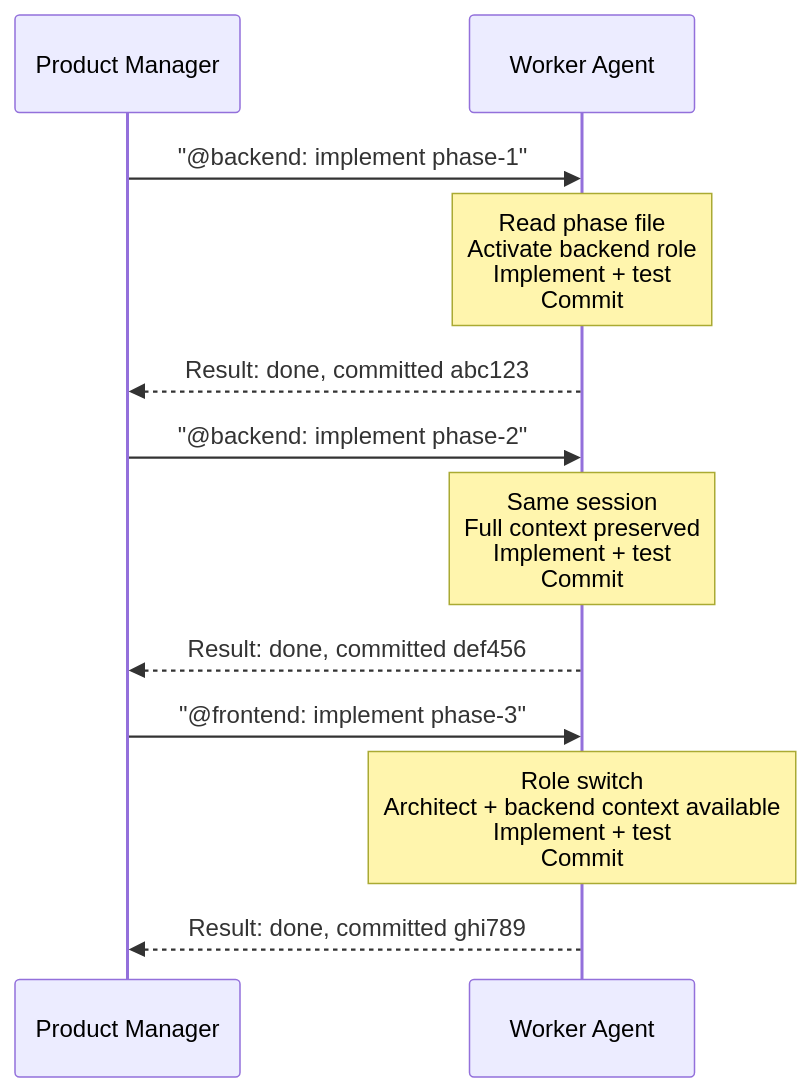
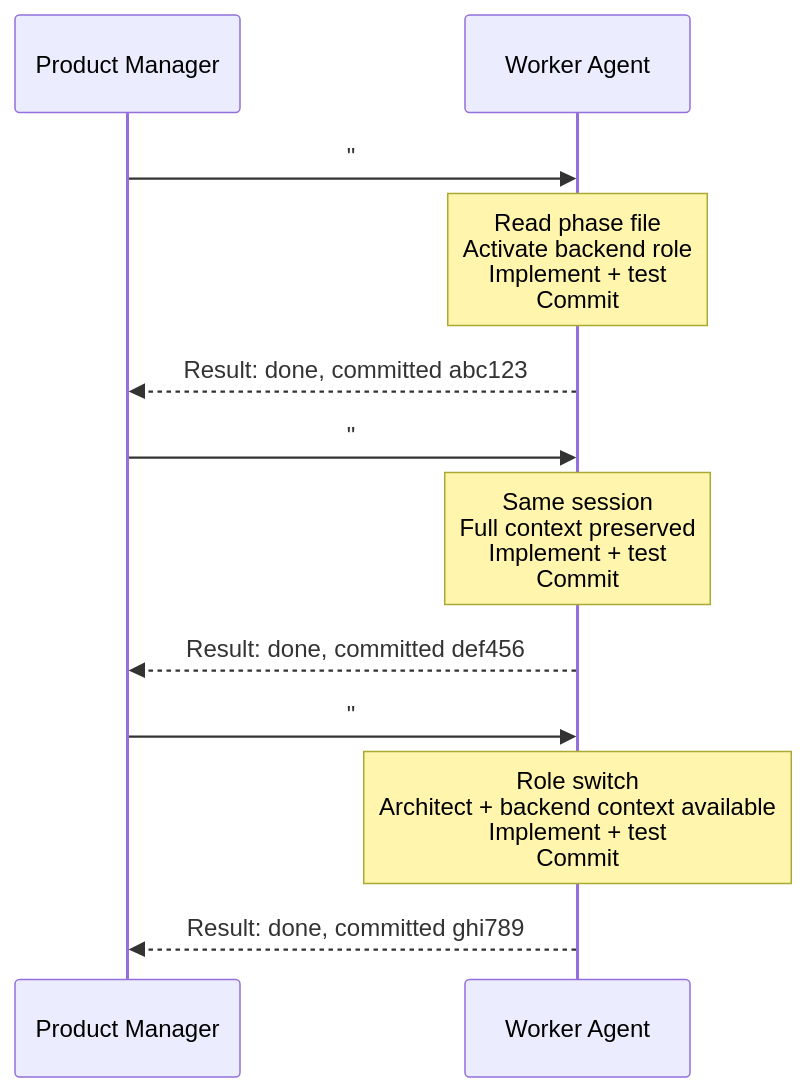
One commit to sulhadin/orchestrator changed the second of 3 diagrams in .orchestra/README.md. Above: the diagram before and after it, drawn with Mermaid. The commit also changed other lines of this file and 9 other files, not shown here.

````diff
--- a/.orchestra/README.md
+++ b/.orchestra/README.md
@@ -324,17 +324,17 @@
 ```mermaid
 sequenceDiagram
     participant PM as Product Manager
     participant W as Worker Agent
 
-    PM->>W: "@backend: implement phase-1"
+    PM->>W: "#backend: implement phase-1"
     Note over W: Read phase file<br/>Activate backend role<br/>Implement + test<br/>Commit
     W-->>PM: Result: done, committed abc123
 
-    PM->>W: "@backend: implement phase-2"
+    PM->>W: "#backend: implement phase-2"
     Note over W: Same session<br/>Full context preserved<br/>Implement + test<br/>Commit
     W-->>PM: Result: done, committed def456
 
-    PM->>W: "@frontend: implement phase-3"
+    PM->>W: "#frontend: implement phase-3"
     Note over W: Role switch<br/>Architect + backend context available<br/>Implement + test<br/>Commit
     W-->>PM: Result: done, committed ghi789
 ```
````
